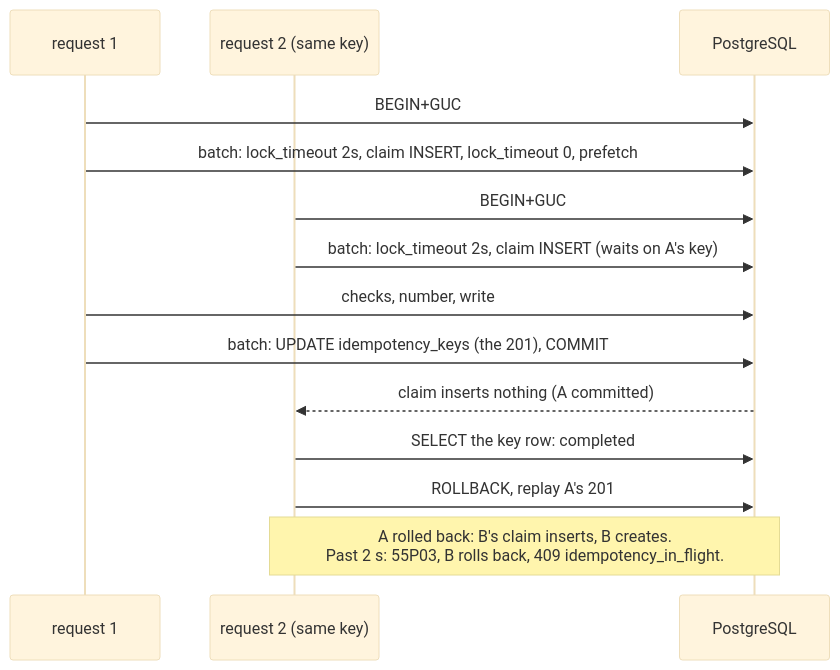
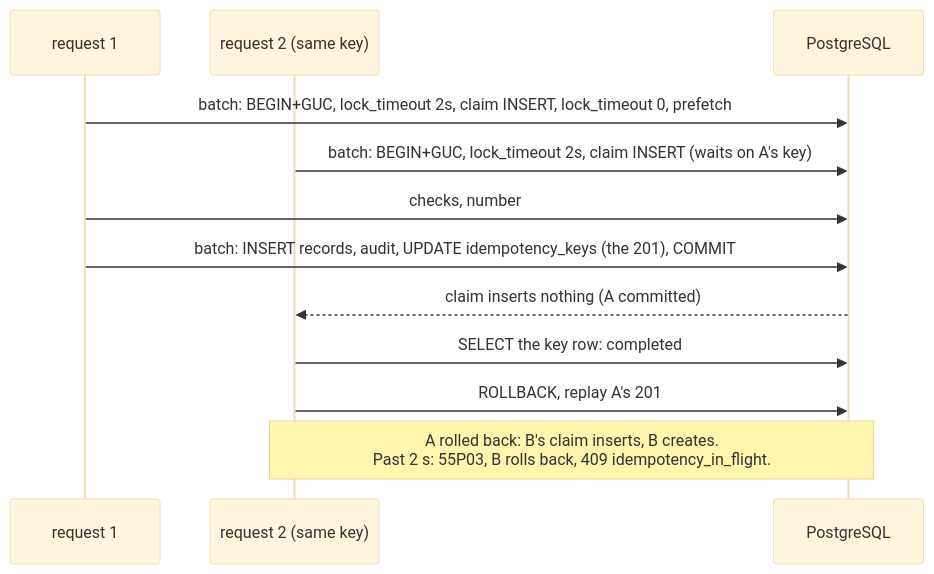
The second of 2 diagrams in docs/architecture/tenant-tx-batching.md (Navaladi2019/TicketingSystem), drawn with Mermaid (base theme) before and after one commit. The commit also changed other lines of this file and 13 other files, not shown here.

````diff
--- a/docs/architecture/tenant-tx-batching.md
+++ b/docs/architecture/tenant-tx-batching.md
@@ -103,16 +148,14 @@
 ```mermaid
 sequenceDiagram
     participant A as request 1
     participant B as request 2 (same key)
     participant P as PostgreSQL
-    A->>P: BEGIN+GUC
-    A->>P: batch: lock_timeout 2s, claim INSERT, lock_timeout 0, prefetch
-    B->>P: BEGIN+GUC
-    B->>P: batch: lock_timeout 2s, claim INSERT (waits on A's key)
-    A->>P: checks, number, write
-    A->>P: batch: UPDATE idempotency_keys (the 201), COMMIT
+    A->>P: batch: BEGIN+GUC, lock_timeout 2s, claim INSERT, lock_timeout 0, prefetch
+    B->>P: batch: BEGIN+GUC, lock_timeout 2s, claim INSERT (waits on A's key)
+    A->>P: checks, number
+    A->>P: batch: INSERT records, audit, UPDATE idempotency_keys (the 201), COMMIT
     P-->>B: claim inserts nothing (A committed)
     B->>P: SELECT the key row: completed
     B->>P: ROLLBACK, replay A's 201
     Note over B,P: A rolled back: B's claim inserts, B creates.<br/>Past 2 s: 55P03, B rolls back, 409 idempotency_in_flight.
 ```
````
